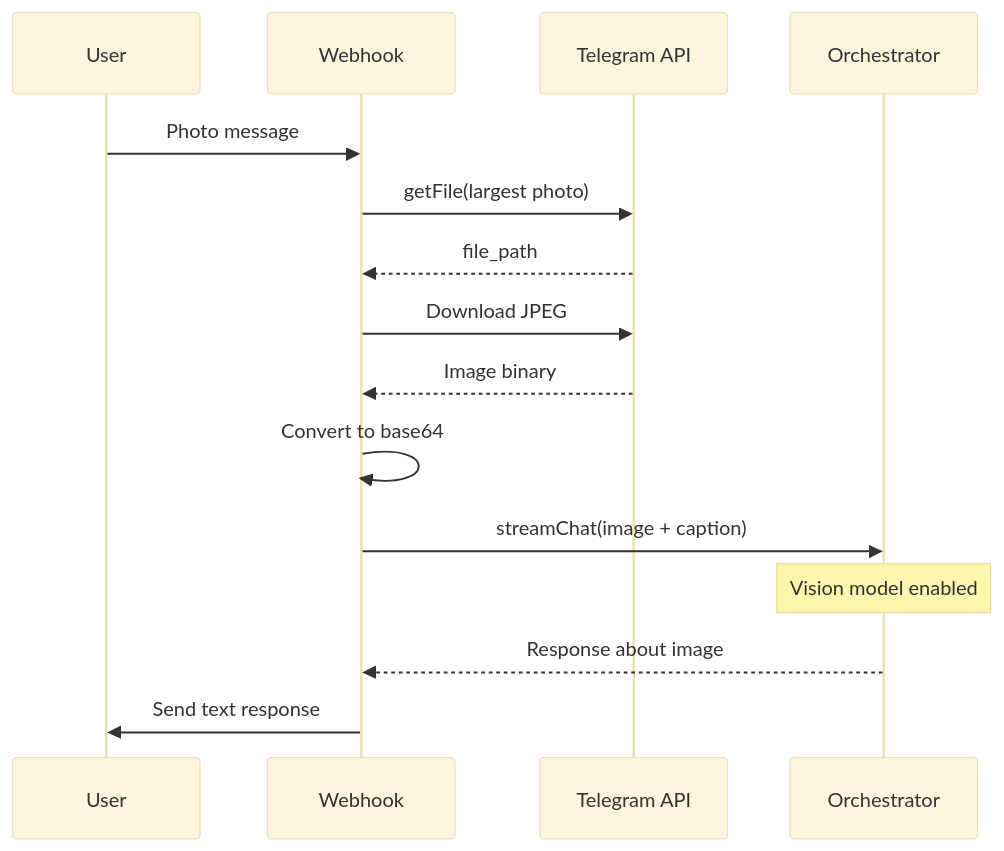
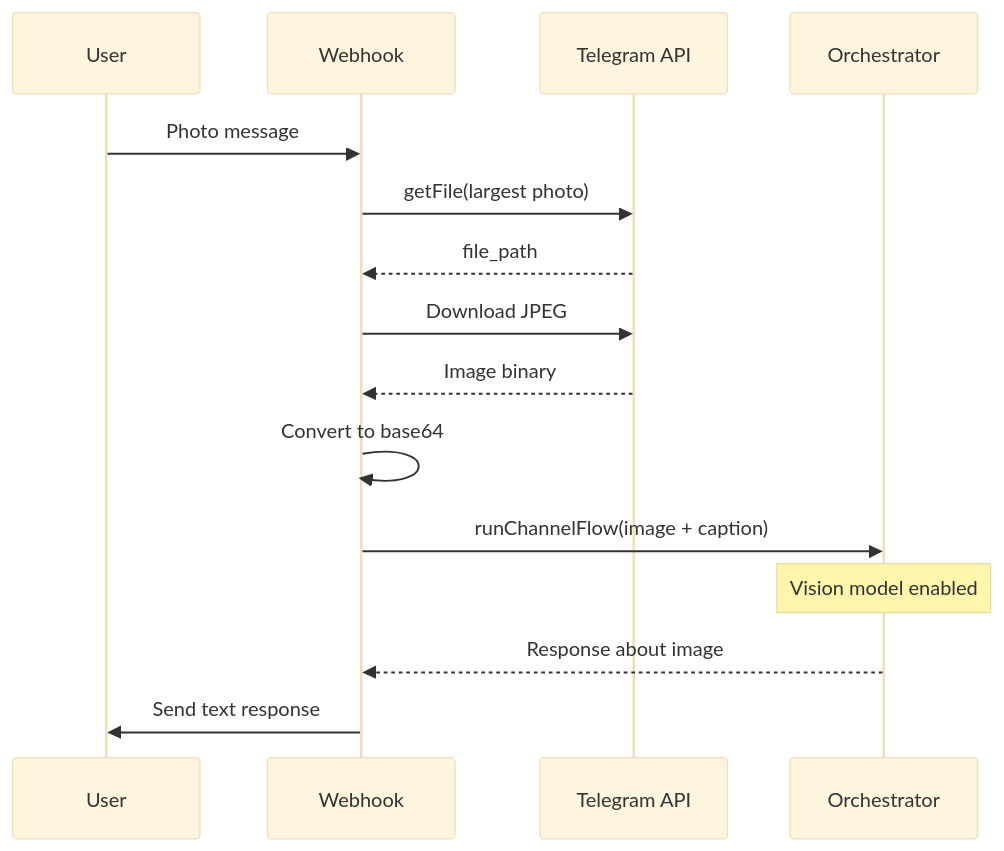
The fifth of 9 diagrams in docs/telegram-webhook.md (KovD3v/anthon-2.0), drawn with Mermaid (base theme) before and after one commit. The commit also changed other lines of this file and 45 other files, not shown here.

````diff
--- a/docs/telegram-webhook.md
+++ b/docs/telegram-webhook.md
@@ -120,18 +120,18 @@
 ```mermaid
 sequenceDiagram
     participant U as User
     participant WH as Webhook
     participant TG as Telegram API
     participant AI as Orchestrator
 
     U->>WH: Photo message
     WH->>TG: getFile(largest photo)
     TG-->>WH: file_path
     WH->>TG: Download JPEG
     TG-->>WH: Image binary
     WH->>WH: Convert to base64
-    WH->>AI: streamChat(image + caption)
+    WH->>AI: runChannelFlow(image + caption)
     Note over AI: Vision model enabled
     AI-->>WH: Response about image
     WH->>U: Send text response
 ```
````
